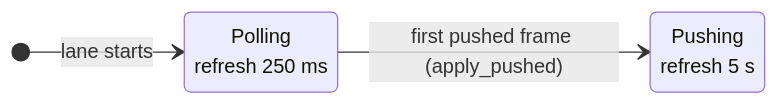
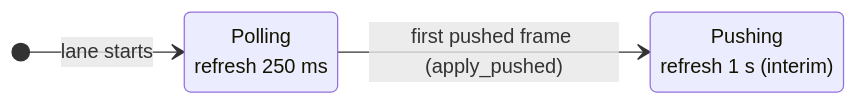
The fourth of 4 diagrams in docs/architecture/delivery.md (Roasbeef/loom), drawn with Mermaid before and after one commit. The commit also changed other lines of this file and 11 other files, not shown here.

First line of the commit message:
docs: record the interim one-second refresh

````diff
--- a/docs/architecture/delivery.md
+++ b/docs/architecture/delivery.md
@@ -205,8 +205,8 @@
 ```mermaid
 stateDiagram-v2
     direction LR
     Polling: Polling<br/>refresh 250 ms
-    Pushing: Pushing<br/>refresh 5 s
+    Pushing: Pushing<br/>refresh 1 s (interim)
     [*] --> Polling: lane starts
     Polling --> Pushing: first pushed frame (apply_pushed)
 ```
````
